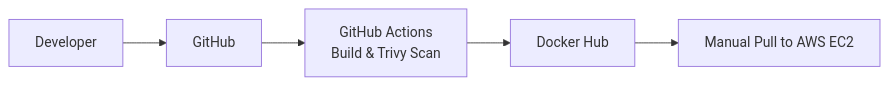
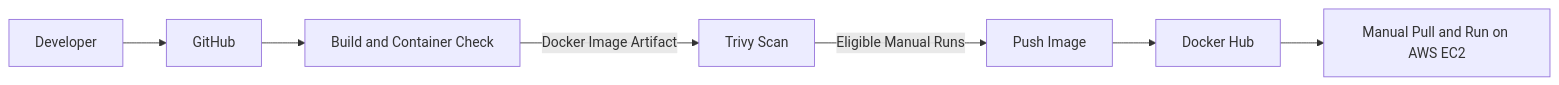
One commit to S1A2T00/AI_FITNESS-agent-by-Satyam changed the second of 2 diagrams in README.md. Above: the diagram before and after it, drawn with Mermaid. The commit also changed other lines of this file, not shown here.

Commit message:
Document current backend and Docker setup

````diff
--- a/README.md
+++ b/README.md
@@ -28,7 +193,9 @@
 ```mermaid
 flowchart LR
     Developer[Developer] --> GitHub[GitHub]
-    GitHub --> Actions[GitHub Actions<br/>Build & Trivy Scan]
-    Actions --> DockerHub[Docker Hub]
-    DockerHub --> EC2[Manual Pull to AWS EC2]
+    GitHub --> Build[Build and Container Check]
+    Build -->|Docker Image Artifact| Scan[Trivy Scan]
+    Scan -->|Eligible Manual Runs| Push[Push Image]
+    Push --> DockerHub[Docker Hub]
+    DockerHub --> EC2[Manual Pull and Run on AWS EC2]
 ```
````
